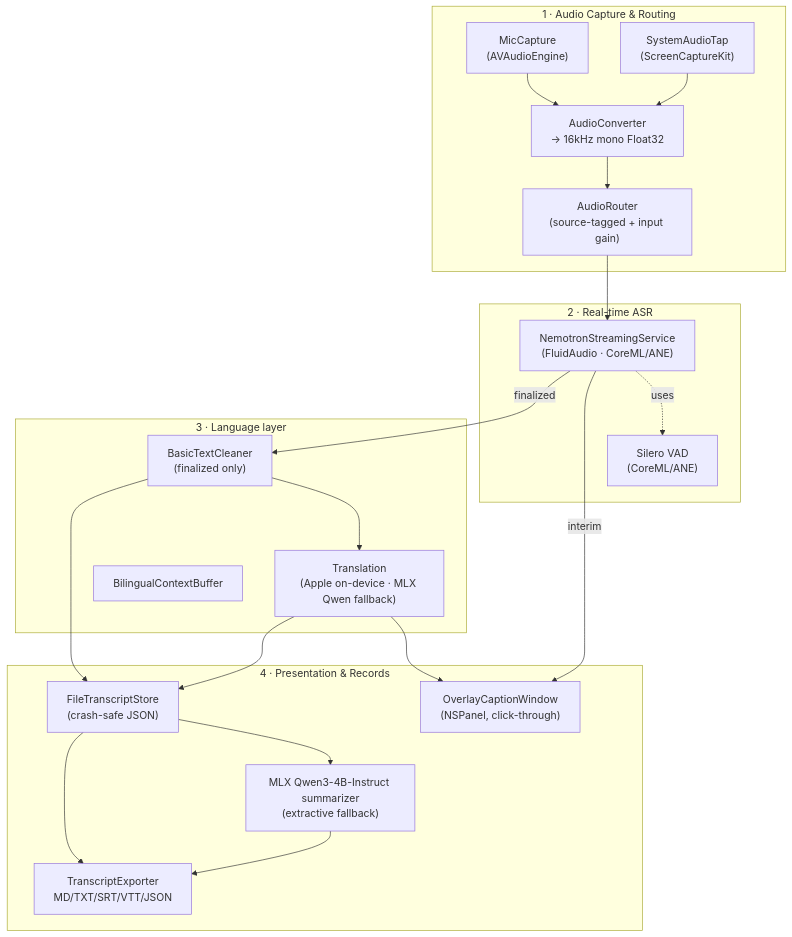
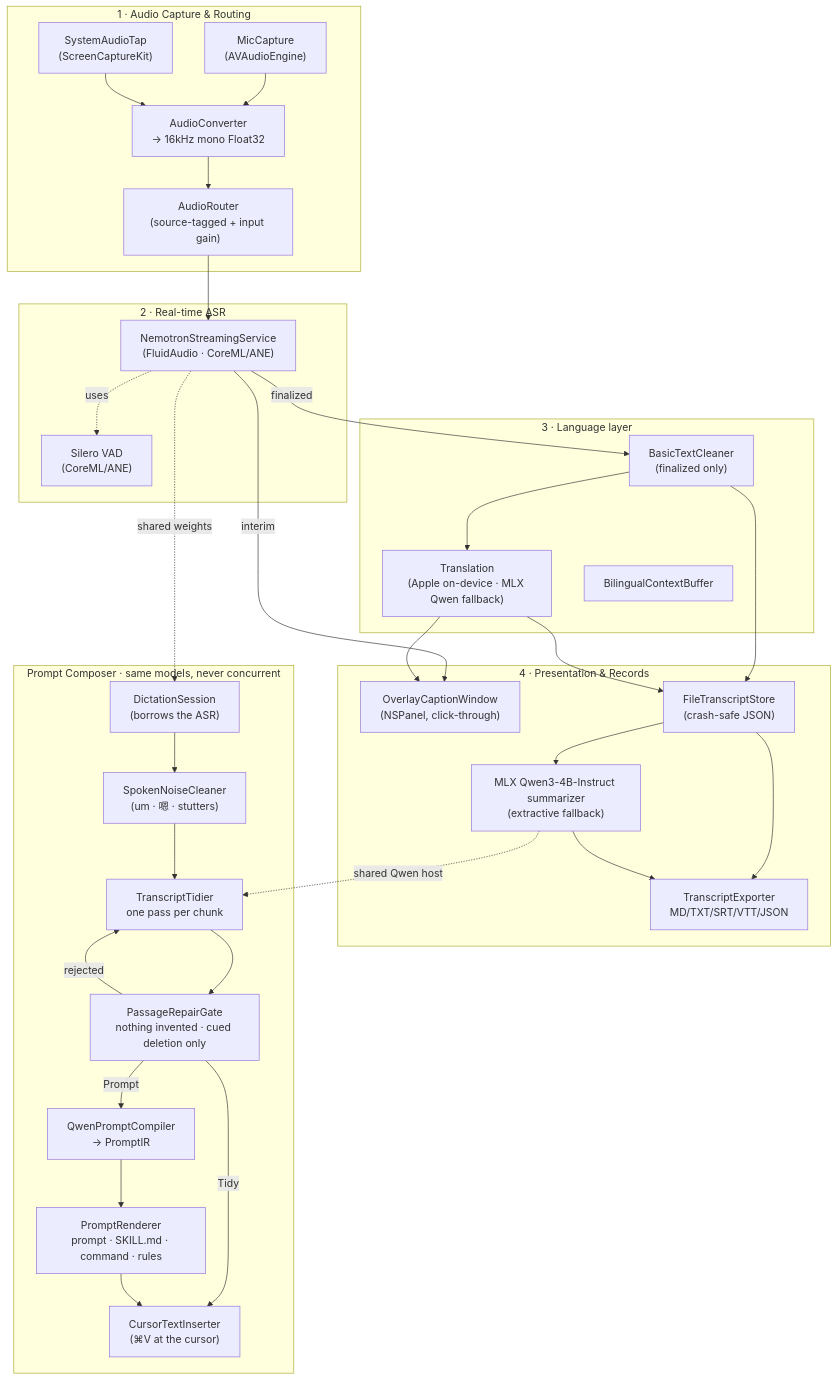
Before and after one commit to huang422/EdgeAI-Flow-Translate: the first of 2 diagrams in README.md, drawn with Mermaid. The commit also changed other lines of this file and 126 other files, not shown here.

Commit message:
feat: Prompt Composer, bottom-anchored caption band and permission rework

````diff
--- a/README.md
+++ b/README.md
@@ -200,42 +239,59 @@
 ```mermaid
 flowchart TB
     subgraph Capture["1 · Audio Capture & Routing"]
         MIC["MicCapture<br/>(AVAudioEngine)"]
         SYS["SystemAudioTap<br/>(ScreenCaptureKit)"]
         CONV["AudioConverter<br/>→ 16kHz mono Float32"]
         ROUTER["AudioRouter<br/>(source-tagged + input gain)"]
         MIC --> CONV
         SYS --> CONV
         CONV --> ROUTER
     end
 
     subgraph ASR["2 · Real-time ASR"]
         NEMO["NemotronStreamingService<br/>(FluidAudio · CoreML/ANE)"]
         VAD["Silero VAD<br/>(CoreML/ANE)"]
         ROUTER --> NEMO
         NEMO -. uses .-> VAD
     end
 
     subgraph Lang["3 · Language layer"]
         CLEAN["BasicTextCleaner<br/>(finalized only)"]
         TRANS["Translation<br/>(Apple on-device · MLX Qwen fallback)"]
         CTX["BilingualContextBuffer"]
     end
 
     subgraph UX["4 · Presentation & Records"]
         OVERLAY["OverlayCaptionWindow<br/>(NSPanel, click-through)"]
         STORE["FileTranscriptStore<br/>(crash-safe JSON)"]
         SUM["MLX Qwen3-4B-Instruct summarizer<br/>(extractive fallback)"]
         EXPORT["TranscriptExporter<br/>MD/TXT/SRT/VTT/JSON"]
     end
 
+    subgraph Prompt["Prompt Composer · same models, never concurrent"]
+        DICT["DictationSession<br/>(borrows the ASR)"]
+        CLEANP["SpokenNoiseCleaner<br/>(um · 嗯 · stutters)"]
+        TIDY["TranscriptTidier<br/>one pass per chunk"]
+        GATE["PassageRepairGate<br/>nothing invented · cued deletion only"]
+        COMPILE["QwenPromptCompiler<br/>→ PromptIR"]
+        REND["PromptRenderer<br/>prompt · SKILL.md · command · rules"]
+        CURSOR["CursorTextInserter<br/>(⌘V at the cursor)"]
+        DICT --> CLEANP --> TIDY --> GATE
+        GATE -- "rejected" --> TIDY
+        GATE -- "Tidy" --> CURSOR
+        GATE -- "Prompt" --> COMPILE --> REND --> CURSOR
+    end
+
     NEMO -- "interim" --> OVERLAY
     NEMO -- "finalized" --> CLEAN
     CLEAN --> TRANS
     CLEAN --> STORE
     TRANS --> OVERLAY
     TRANS --> STORE
     STORE --> SUM
     STORE --> EXPORT
     SUM --> EXPORT
+
+    NEMO -. "shared weights" .-> DICT
+    SUM -. "shared Qwen host" .-> TIDY
 ```
````
